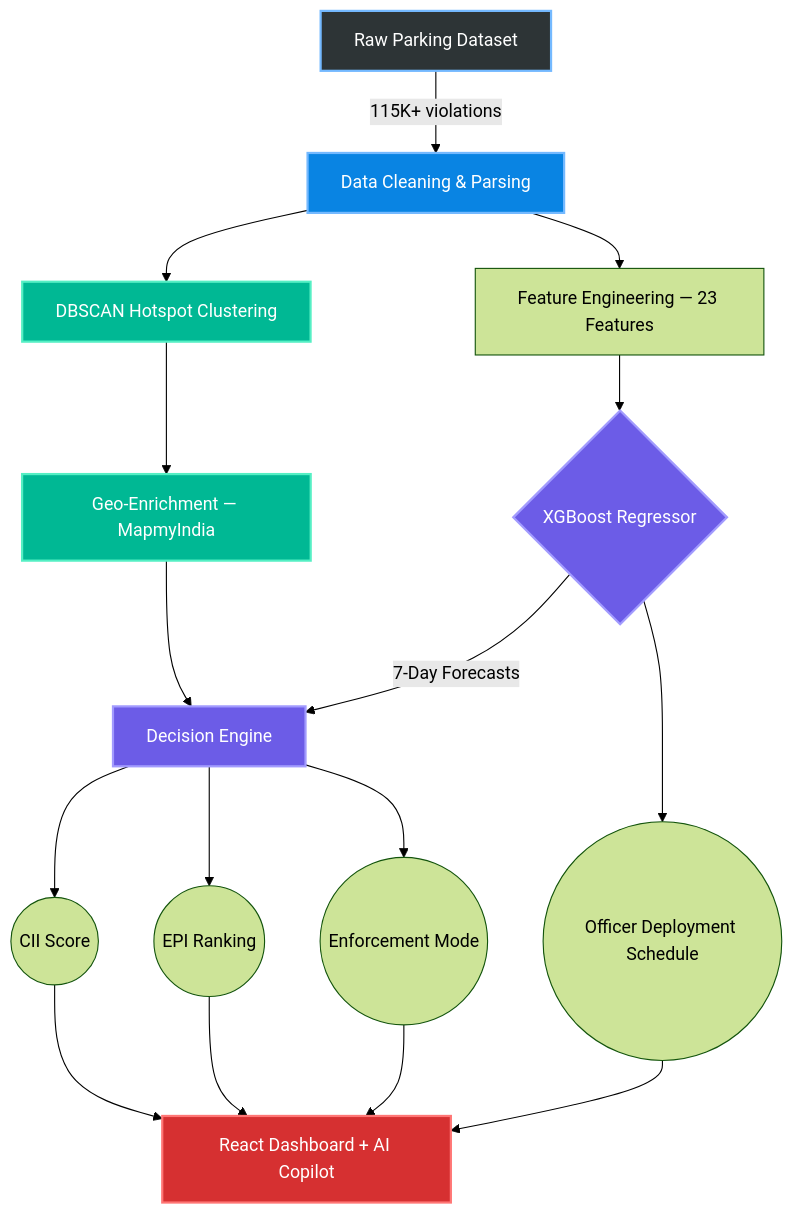
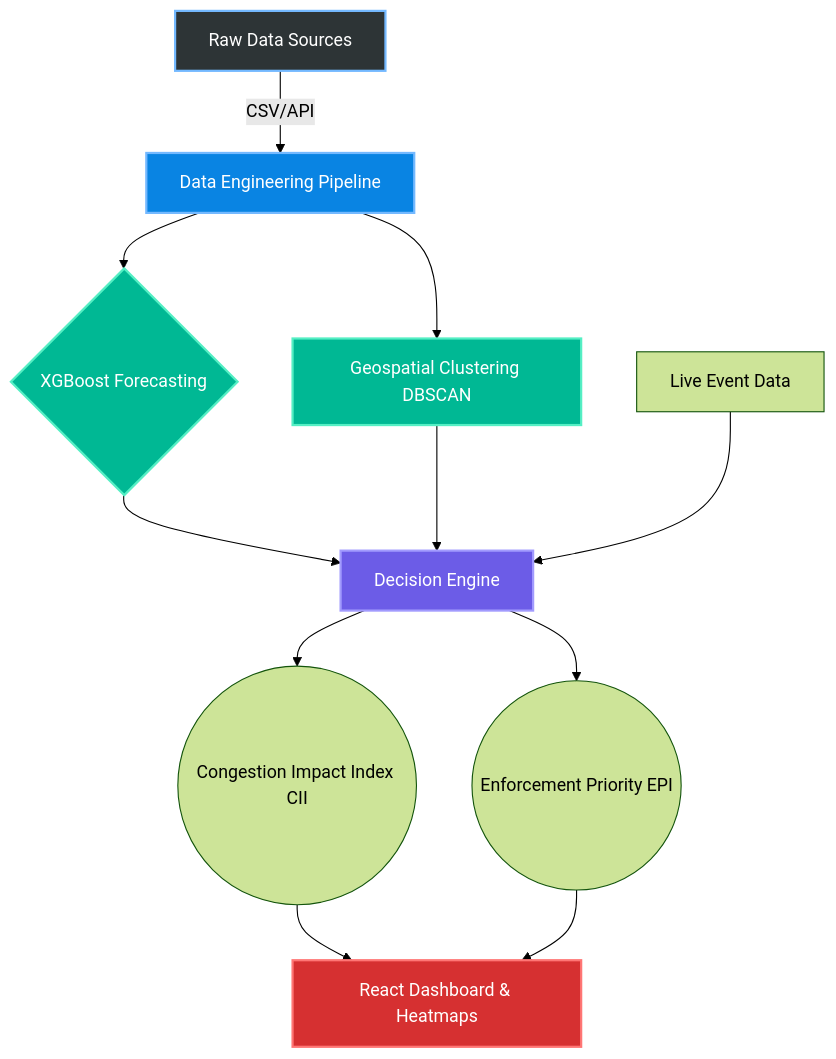
The first of 2 diagrams in README.md (sanyam-15/Parkplus), drawn with Mermaid (forest theme) before and after one commit. The commit also changed other lines of this file, not shown here.

````diff
--- a/README.md
+++ b/README.md
@@ -96,26 +43,20 @@
 ```mermaid
-graph TD
-    A[Raw Parking Dataset] -->|115K+ violations| B[Data Cleaning & Parsing]
-    B --> C[DBSCAN Hotspot Clustering]
-    C --> D[Geo-Enrichment — MapmyIndia]
-    B --> E[Feature Engineering — 23 Features]
-    E --> F{XGBoost Regressor}
-    D --> G[Decision Engine]
-    F -->|7-Day Forecasts| G
-    G --> H((CII Score))
-    G --> I((EPI Ranking))
-    G --> J((Enforcement Mode))
-    H --> K[React Dashboard + AI Copilot]
-    I --> K
-    J --> K
-    F --> L((Officer Deployment Schedule))
-    L --> K
-
+graph TD;
+    A[Raw Data Sources] -->|CSV/API| B[Data Engineering Pipeline]
+    B --> C{XGBoost Forecasting}
+    B --> D[Geospatial Clustering DBSCAN]
+    C --> E[Decision Engine]
+    D --> E
+    F[Live Event Data] --> E
+    E --> G((Congestion Impact Index CII))
+    E --> H((Enforcement Priority EPI))
+    G --> I[React Dashboard & Heatmaps]
+    H --> I
+    
     style A fill:#2d3436,stroke:#74b9ff,stroke-width:2px,color:#fff
     style B fill:#0984e3,stroke:#74b9ff,stroke-width:2px,color:#fff
     style C fill:#00b894,stroke:#55efc4,stroke-width:2px,color:#fff
     style D fill:#00b894,stroke:#55efc4,stroke-width:2px,color:#fff
-    style F fill:#6c5ce7,stroke:#a29bfe,stroke-width:2px,color:#fff
-    style G fill:#6c5ce7,stroke:#a29bfe,stroke-width:2px,color:#fff
-    style K fill:#d63031,stroke:#ff7675,stroke-width:2px,color:#fff
+    style E fill:#6c5ce7,stroke:#a29bfe,stroke-width:2px,color:#fff
+    style I fill:#d63031,stroke:#ff7675,stroke-width:2px,color:#fff
 ```
````
